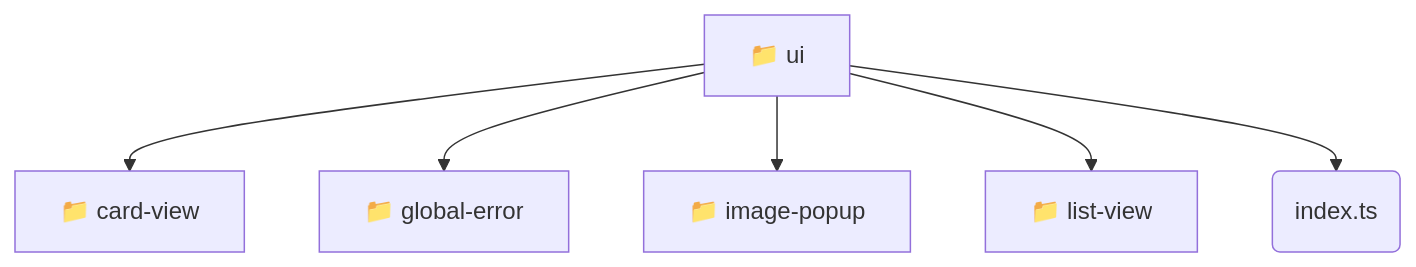
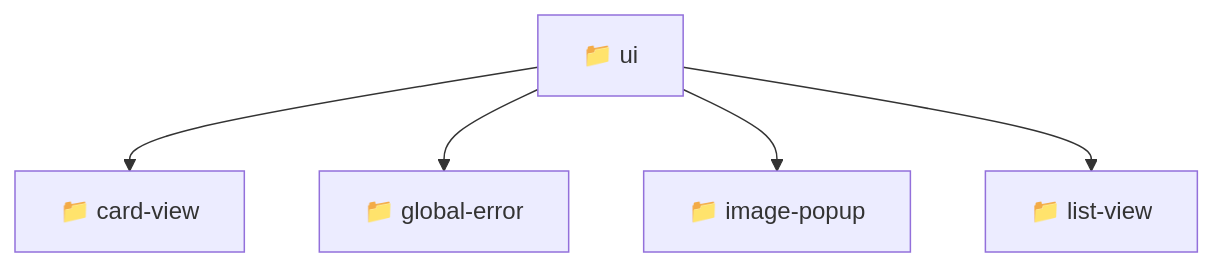
The diagram in frontend/src/shared/ui/README.md (beginwebdev2002/fullstack-mavluda), drawn with Mermaid before and after one commit. The commit also changed other lines of this file and 163 other files, not shown here.

````diff
--- a/frontend/src/shared/ui/README.md
+++ b/frontend/src/shared/ui/README.md
@@ -11,9 +10,8 @@
 ```mermaid
 graph TD
-  ui[📁 ui]
-  ui --> ui_card_view[📁 card-view]
-  ui --> ui_global_error[📁 global-error]
-  ui --> ui_image_popup[📁 image-popup]
-  ui --> ui_list_view[📁 list-view]
-  ui --> ui_index_ts(index.ts)
+  Root["📁 ui"]
+  Root --> cardview["📁 card-view"]
+  Root --> globalerror["📁 global-error"]
+  Root --> imagepopup["📁 image-popup"]
+  Root --> listview["📁 list-view"]
 ```
````
